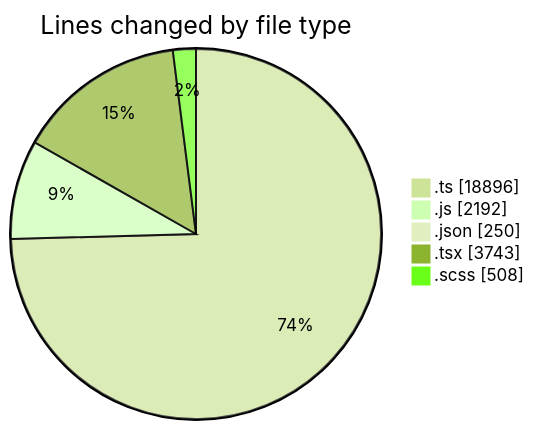
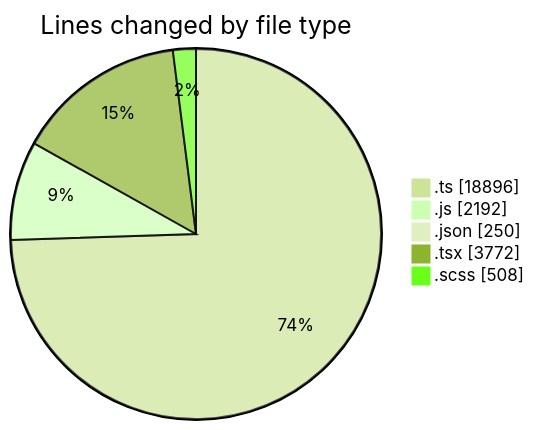
Before and after one commit to momahboobian/code-tracking: the first of 2 diagrams in 2026-06-18/cda/README.md, drawn with Mermaid (forest theme). The commit also changed other lines of this file and 1 other file, not shown here.

````diff
--- a/2026-06-18/cda/README.md
+++ b/2026-06-18/cda/README.md
@@ -70,9 +70,9 @@
 ```mermaid
 pie showData
 title Lines changed by file type
 ".ts" : 18896
 ".js" : 2192
 ".json" : 250
-".tsx" : 3743
+".tsx" : 3772
 ".scss" : 508
 ```
````
